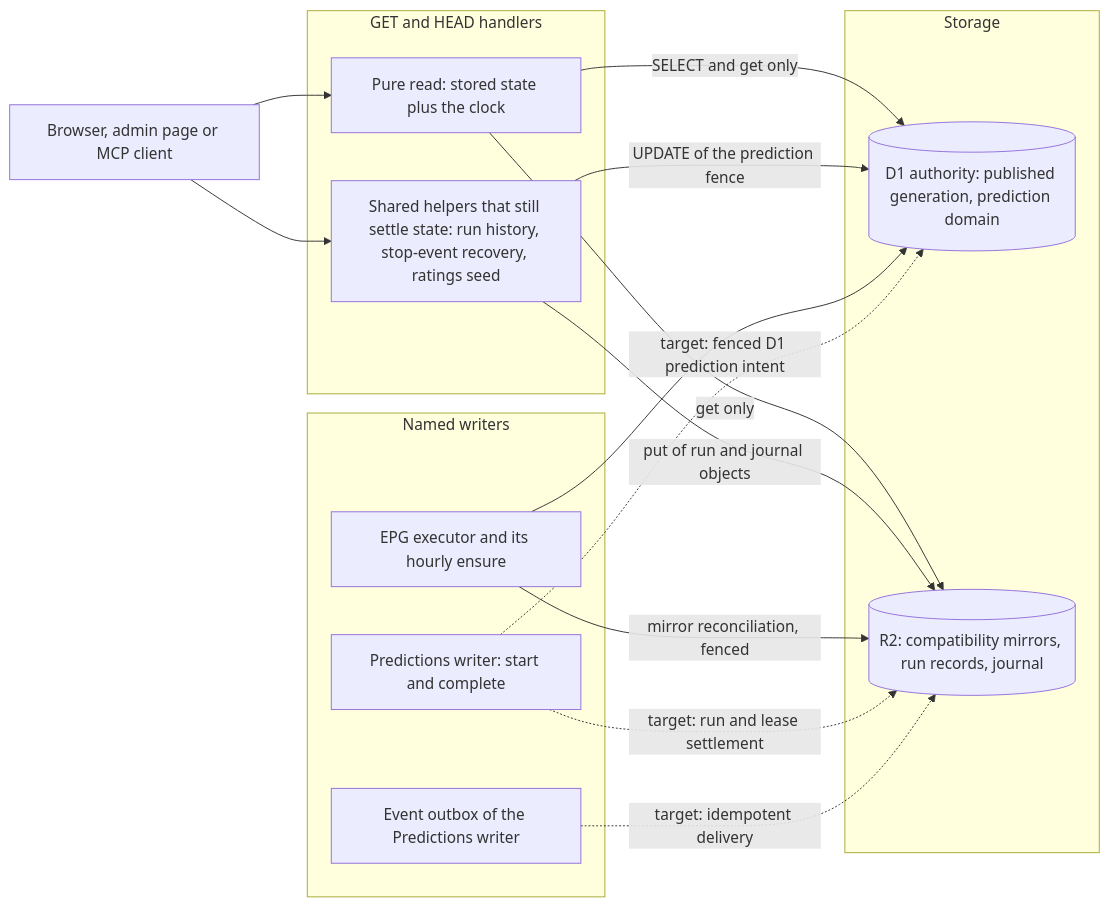
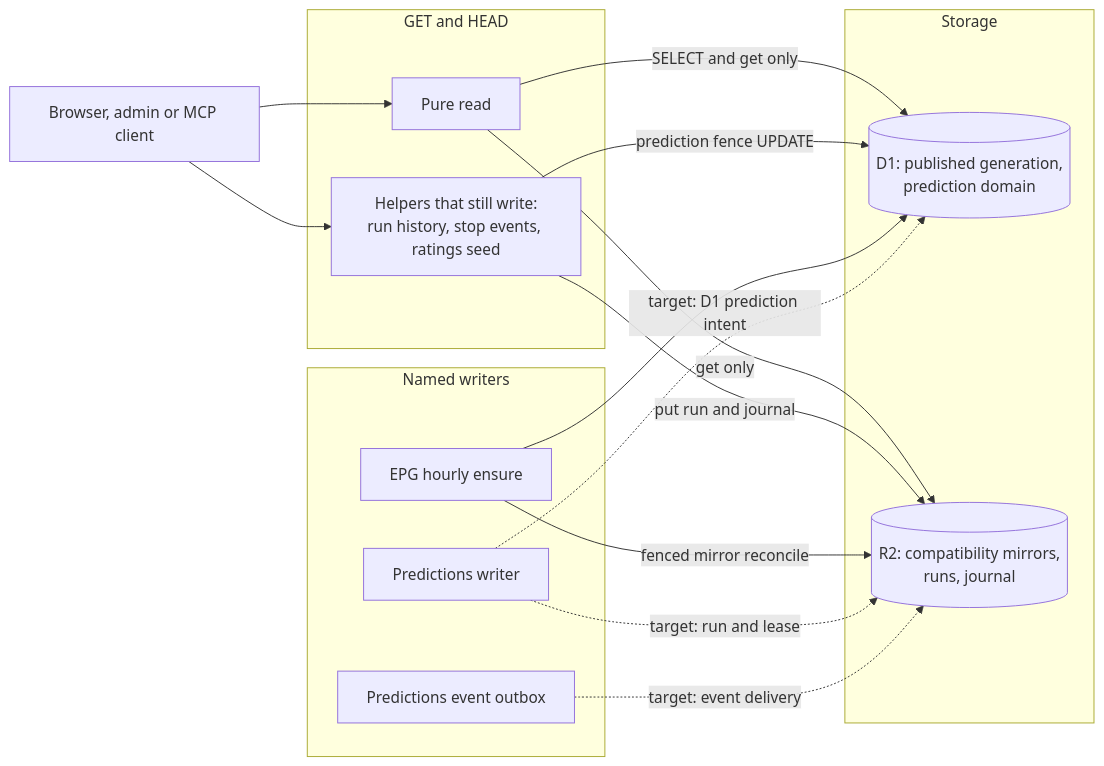
One commit to vladimino/iptv-watchlist changed the diagram in docs/architecture/read-side-effects.md. Above: the diagram before and after it, drawn with Mermaid. The commit also changed 1 other file, not shown here.

Commit message:
AIR-414: shorten Mermaid labels after rendered GitHub QA
GitHub clipped 'hourly ensure' and helper/writer titles at desktop
width. Shorter labels keep solid vs dashed ownership readable; the
EPG ensure node is declared with the other pointer children.

````diff
--- a/docs/architecture/read-side-effects.md
+++ b/docs/architecture/read-side-effects.md
@@ -5,28 +5,28 @@
 ```mermaid
 flowchart LR
-    client["Browser, admin page or MCP client"]
-    subgraph Read["GET and HEAD handlers"]
-        pure["Pure read: stored state plus the clock"]
-        helper["Shared helpers that still settle state: run history, stop-event recovery, ratings seed"]
+    client["Browser, admin or MCP client"]
+    subgraph Read["GET and HEAD"]
+        pure["Pure read"]
+        helper["Helpers that still write:<br/>run history, stop events, ratings seed"]
     end
     subgraph Writers["Named writers"]
-        epg["EPG executor and its hourly ensure"]
-        pred["Predictions writer: start and complete"]
-        outbox["Event outbox of the Predictions writer"]
+        epg["EPG hourly ensure"]
+        pred["Predictions writer"]
+        outbox["Predictions event outbox"]
     end
     subgraph Storage["Storage"]
-        d1[("D1 authority: published generation, prediction domain")]
-        r2[("R2: compatibility mirrors, run records, journal")]
+        d1[("D1: published generation,<br/>prediction domain")]
+        r2[("R2: compatibility mirrors,<br/>runs, journal")]
     end
     client --> pure
     client --> helper
     pure -->|"SELECT and get only"| d1
     pure -->|"get only"| r2
-    helper -->|"UPDATE of the prediction fence"| d1
-    helper -->|"put of run and journal objects"| r2
-    epg -->|"mirror reconciliation, fenced"| r2
+    helper -->|"prediction fence UPDATE"| d1
+    helper -->|"put run and journal"| r2
+    epg -->|"fenced mirror reconcile"| r2
     epg --> d1
-    pred -.->|"target: run and lease settlement"| r2
-    pred -.->|"target: fenced D1 prediction intent"| d1
-    outbox -.->|"target: idempotent delivery"| r2
+    pred -.->|"target: run and lease"| r2
+    pred -.->|"target: D1 prediction intent"| d1
+    outbox -.->|"target: event delivery"| r2
 ```
````
